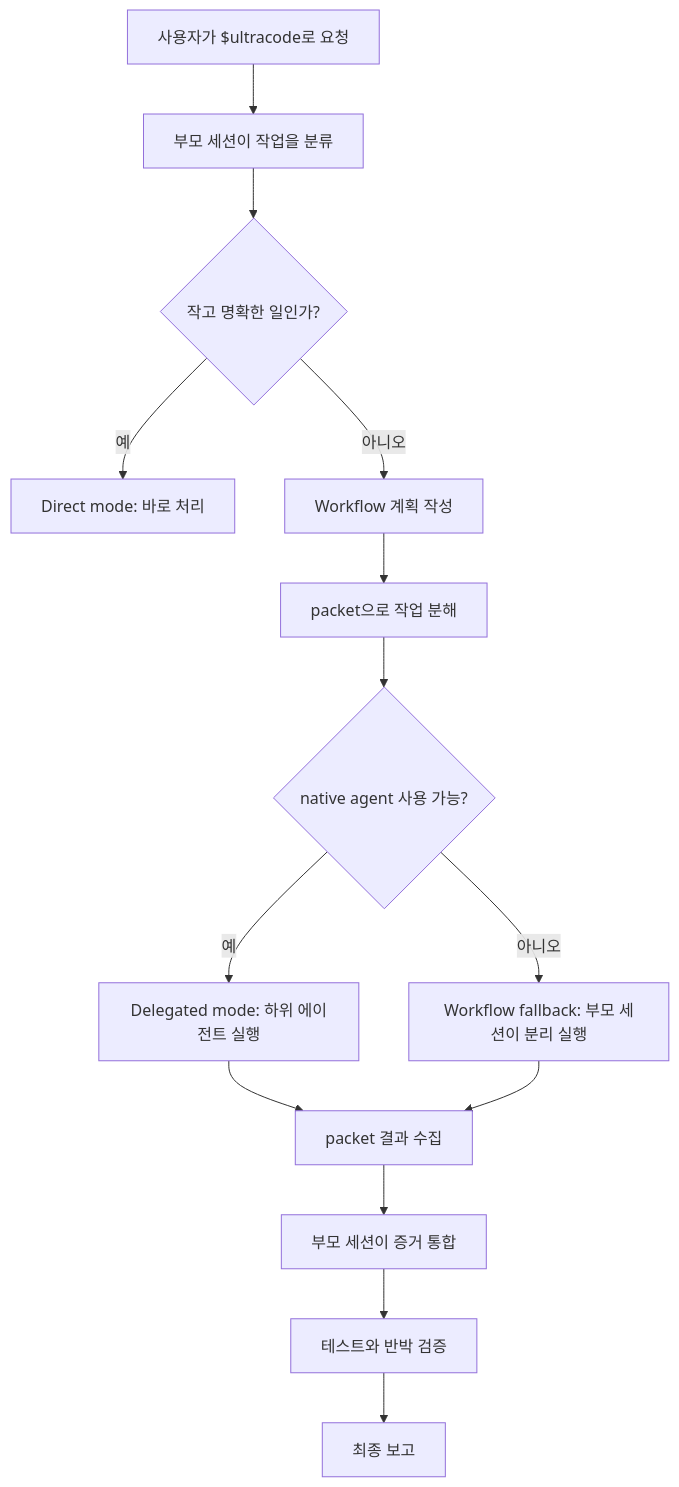
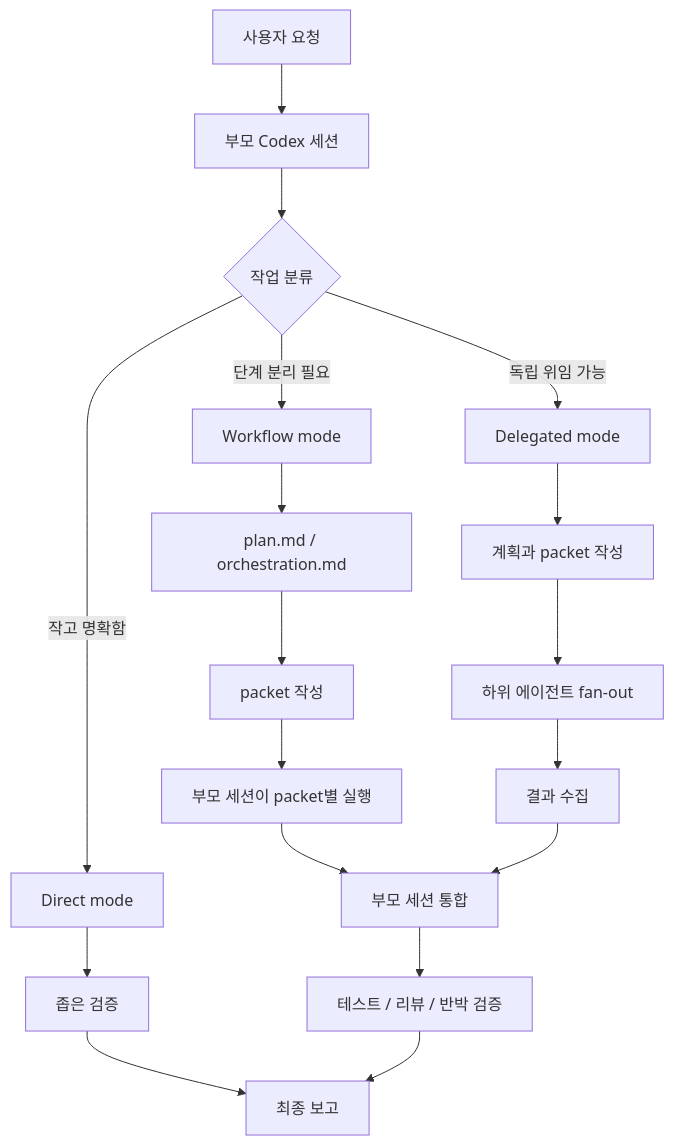
The diagram in README.md (Jimmy-Jung/codex-ultracode), drawn with Mermaid before and after one commit. The commit also changed other lines of this file, not shown here.

````diff
--- a/README.md
+++ b/README.md
@@ -117,16 +64,26 @@
 ```mermaid
 flowchart TD
-    A["사용자가 $ultracode로 요청"] --> B["부모 세션이 작업을 분류"]
-    B --> C{"작고 명확한 일인가?"}
-    C -->|예| D["Direct mode: 바로 처리"]
-    C -->|아니오| E["Workflow 계획 작성"]
-    E --> F["packet으로 작업 분해"]
-    F --> G{"native agent 사용 가능?"}
-    G -->|예| H["Delegated mode: 하위 에이전트 실행"]
-    G -->|아니오| I["Workflow fallback: 부모 세션이 분리 실행"]
-    H --> J["packet 결과 수집"]
-    I --> J
-    J --> K["부모 세션이 증거 통합"]
-    K --> L["테스트와 반박 검증"]
-    L --> M["최종 보고"]
+    User["사용자 요청"] --> Parent["부모 Codex 세션"]
+    Parent --> Classify{"작업 분류"}
+
+    Classify -->|작고 명확함| Direct["Direct mode"]
+    Classify -->|단계 분리 필요| Workflow["Workflow mode"]
+    Classify -->|독립 위임 가능| Delegated["Delegated mode"]
+
+    Direct --> NarrowCheck["좁은 검증"]
+
+    Workflow --> Plan["plan.md / orchestration.md"]
+    Plan --> Packets["packet 작성"]
+    Packets --> ParentPass["부모 세션이 packet별 실행"]
+
+    Delegated --> DPlan["계획과 packet 작성"]
+    DPlan --> Agents["하위 에이전트 fan-out"]
+    Agents --> Results["결과 수집"]
+
+    ParentPass --> Integration["부모 세션 통합"]
+    Results --> Integration
+    NarrowCheck --> Report["최종 보고"]
+
+    Integration --> Verify["테스트 / 리뷰 / 반박 검증"]
+    Verify --> Report
 ```
````
